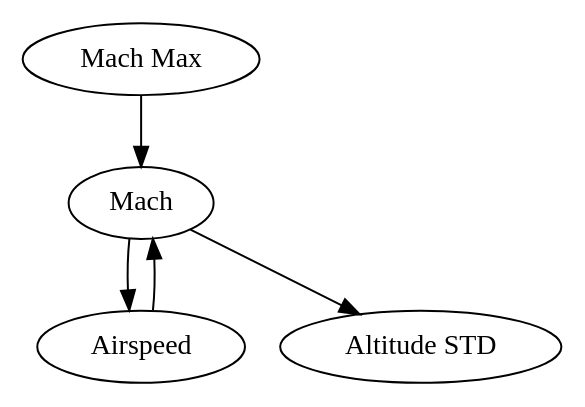
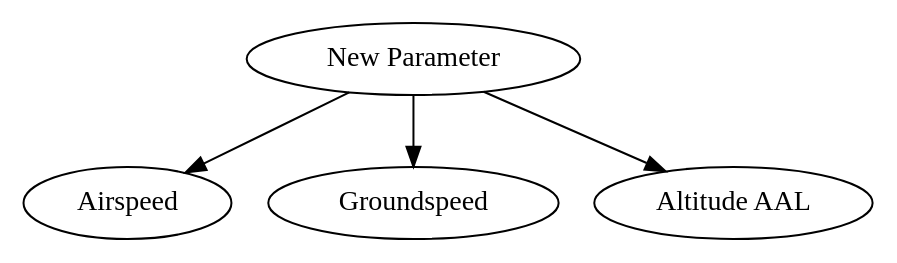
Before and after one commit to catawbasam/FlightDataAnalyzer: the third of 8 diagrams in doc/source/DependencyTree.rst, drawn with Graphviz. The commit also changed other lines of this file, not shown here.

```diff
--- a/doc/source/DependencyTree.rst
+++ b/doc/source/DependencyTree.rst
@@ -142,5 +111,5 @@
-.. digraph:: foo
+.. digraph:: NewParameterWithGroundspeed
 
-   "Mach Max" -> "Mach" -> "Airspeed";
-   "Mach" -> "Altitude STD";
-   "Airspeed" -> "Mach";
+   "New Parameter" -> "Airspeed";
+   "New Parameter" -> "Groundspeed";
+   "New Parameter" -> "Altitude AAL";
```
